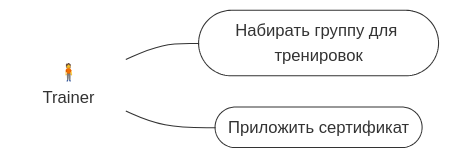
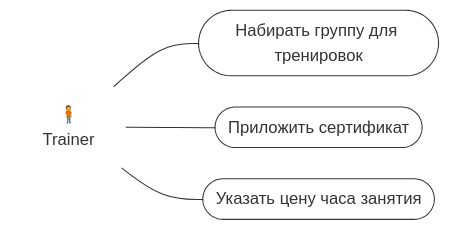
The third of 5 diagrams in README.md (krevetkot/GymBro), drawn with Mermaid before and after one commit. The commit also changed other lines of this file and 5 other files, not shown here.

Commit message:
docs: describe authorization, roles and trainer flow

````diff
--- a/README.md
+++ b/README.md
@@ -84,14 +84,16 @@
 ```mermaid
 %%{init: {"theme": "base", "themeVariables": {"primaryColor": "transparent", "primaryBorderColor": "#333", "primaryTextColor": "#333", "lineColor": "#333", "background": "transparent", "edgeLabelBackground": "#ffffff"}, "flowchart": {"curve": "basis", "nodeSpacing": 30, "rankSpacing": 70}}}%%
 flowchart LR
     classDef uc fill:none,stroke:#333,color:#333
     classDef actor fill:none,stroke:none,color:#333
 
     trainer["🧍<br/>Trainer"]:::actor
 
     group(["Набирать группу для тренировок"]):::uc
     attachCert(["Приложить сертификат"]):::uc
+    hourlyRate(["Указать цену часа занятия"]):::uc
 
     trainer --- group
     trainer --- attachCert
+    trainer --- hourlyRate
 ```
````
